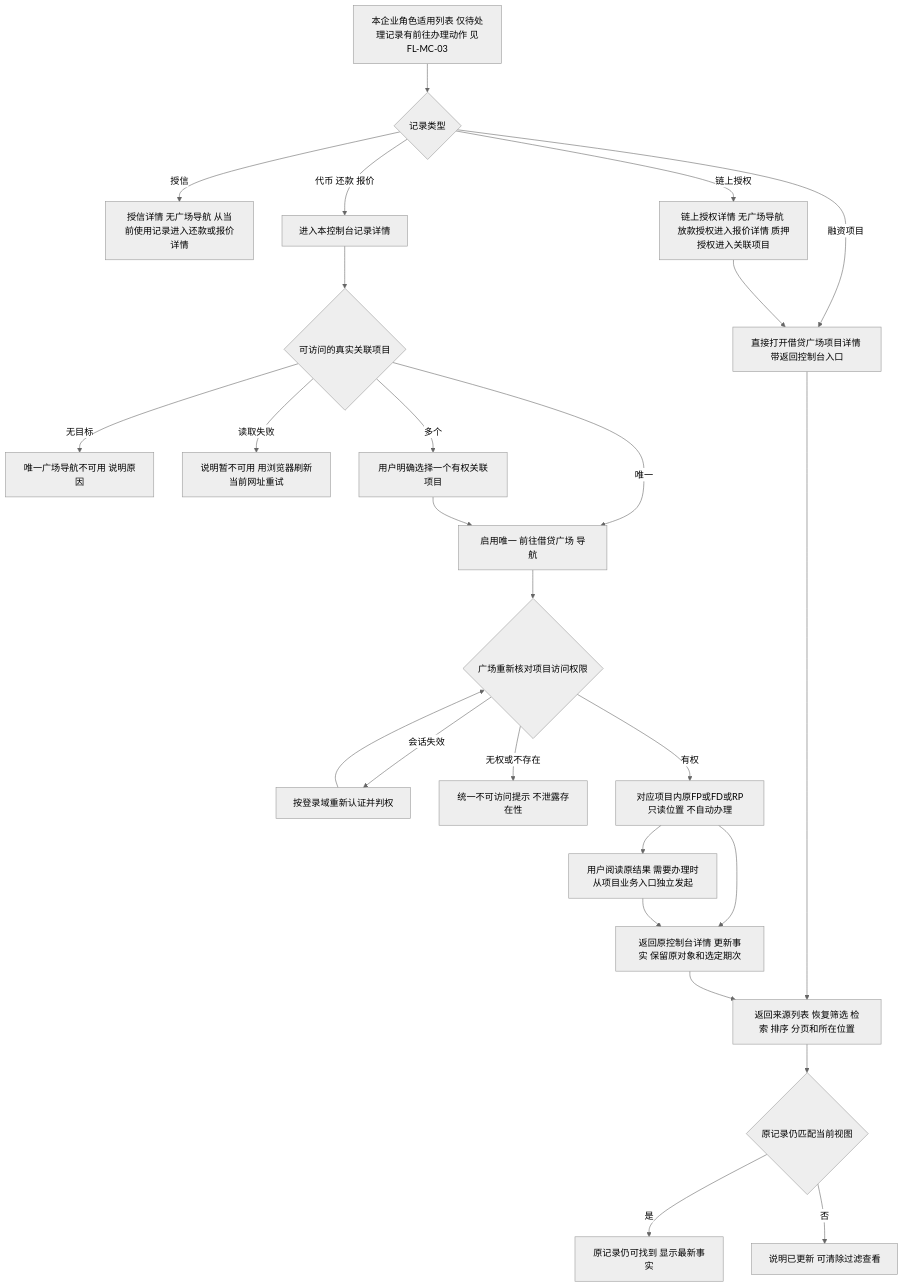
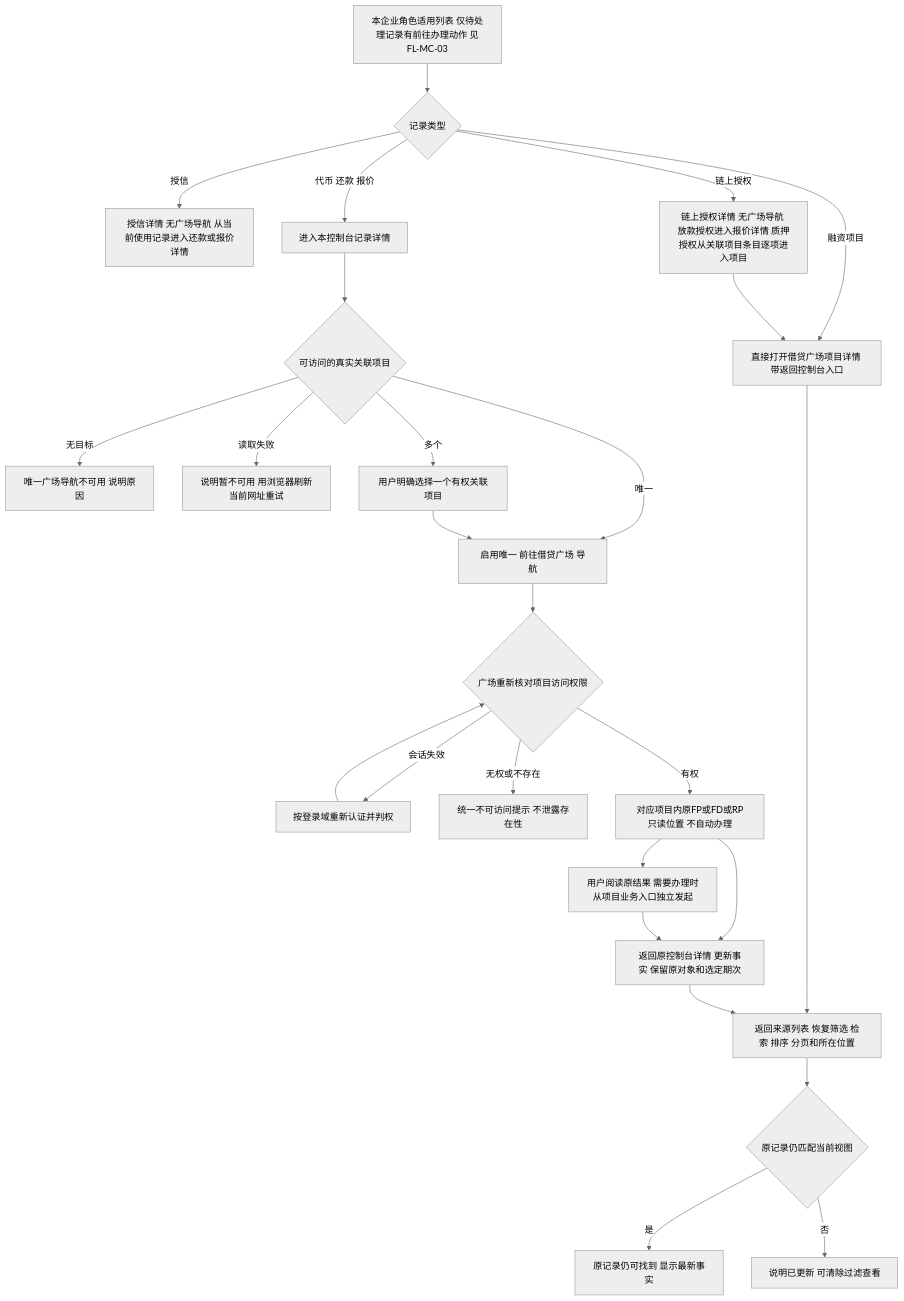
The second of 15 diagrams in lending-platform/PRD/面客端/09-我的控制台/02-我的控制台-流程图与状态机.md (wxblockchain/Chain-Financing), drawn with Mermaid (neutral theme) before and after one commit. The commit also changed other lines of this file and 5 other files, not shown here.

````diff
--- a/lending-platform/PRD/面客端/09-我的控制台/02-我的控制台-流程图与状态机.md
+++ b/lending-platform/PRD/面客端/09-我的控制台/02-我的控制台-流程图与状态机.md
@@ -59,28 +61,28 @@
 ```mermaid
 flowchart TD
   A[本企业角色适用列表 仅待处理记录有前往办理动作 见FL-MC-03] --> A1{记录类型}
   A1 -- 融资项目 --> G1[直接打开借贷广场项目详情 带返回控制台入口]
   G1 --> N
   A1 -- 授信 --> B1[授信详情 无广场导航 从当前使用记录进入还款或报价详情]
-  A1 -- 链上授权 --> B2[链上授权详情 无广场导航 放款授权进入报价详情 质押授权进入关联项目]
+  A1 -- 链上授权 --> B2[链上授权详情 无广场导航 放款授权进入报价详情 质押授权从关联项目条目逐项进入项目]
   B2 --> G1
   A1 -- 代币 还款 报价 --> B[进入本控制台记录详情]
   B --> C{可访问的真实关联项目}
   C -- 无目标 --> D[唯一广场导航不可用 说明原因]
   C -- 读取失败 --> E[说明暂不可用 用浏览器刷新当前网址重试]
   C -- 多个 --> F[用户明确选择一个有权关联项目]
   C -- 唯一 --> G[启用唯一 前往借贷广场 导航]
   F --> G
   G --> H{广场重新核对项目访问权限}
   H -- 会话失效 --> I[按登录域重新认证并判权]
   I --> H
   H -- 无权或不存在 --> J[统一不可访问提示 不泄露存在性]
   H -- 有权 --> K[对应项目内原FP或FD或RP只读位置 不自动办理]
   K --> L[用户阅读原结果 需要办理时从项目业务入口独立发起]
   K --> M[返回原控制台详情 更新事实 保留原对象和选定期次]
   L --> M
   M --> N[返回来源列表 恢复筛选 检索 排序 分页和所在位置]
   N --> O{原记录仍匹配当前视图}
   O -- 是 --> P[原记录仍可找到 显示最新事实]
   O -- 否 --> Q[说明已更新 可清除过滤查看]
 ```
````
